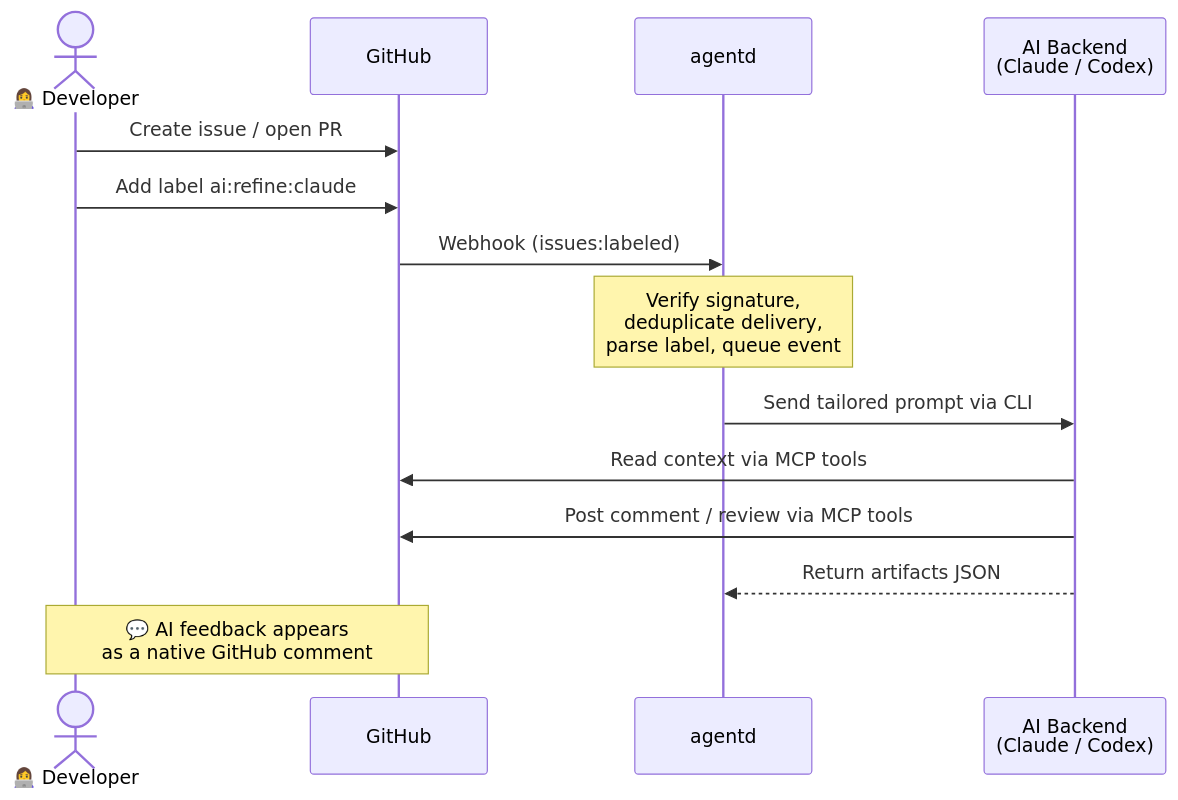
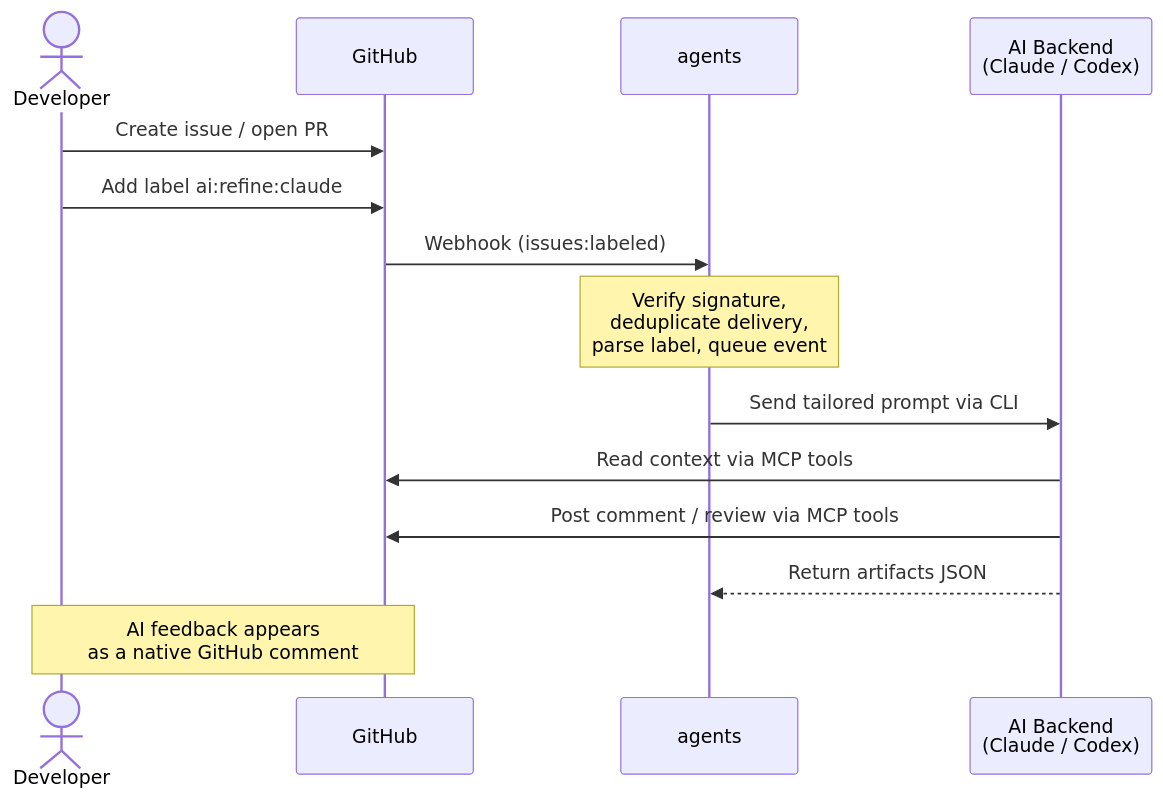
The diagram in README.md (eloylp/agents), drawn with Mermaid before and after one commit. The commit also changed other lines of this file and 7 other files, not shown here.

Commit message:
fix nomenclature agentd->agents

````diff
--- a/README.md
+++ b/README.md
@@ -21,20 +21,20 @@
 ```mermaid
 sequenceDiagram
-    actor Dev as 👩‍💻 Developer
+    actor Dev as Developer
     participant GH as GitHub
-    participant D as agentd
+    participant D as agents
     participant AI as AI Backend<br/>(Claude / Codex)
 
     Dev->>GH: Create issue / open PR
     Dev->>GH: Add label  ai:refine:claude
 
     GH->>D: Webhook (issues:labeled)
     Note over D: Verify signature,<br/>deduplicate delivery,<br/>parse label, queue event
 
     D->>AI: Send tailored prompt via CLI
     AI->>GH: Read context via MCP tools
     AI->>GH: Post comment / review via MCP tools
     AI-->>D: Return artifacts JSON
 
-    Note over Dev,GH: 💬 AI feedback appears<br/>as a native GitHub comment
+    Note over Dev,GH: AI feedback appears<br/>as a native GitHub comment
 ```
````
